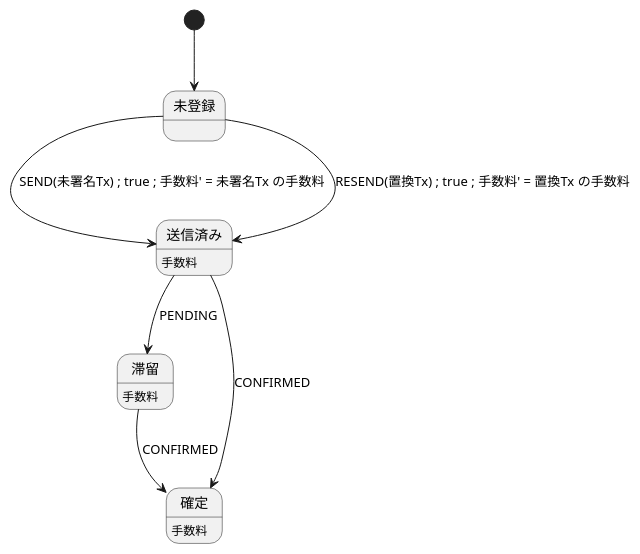
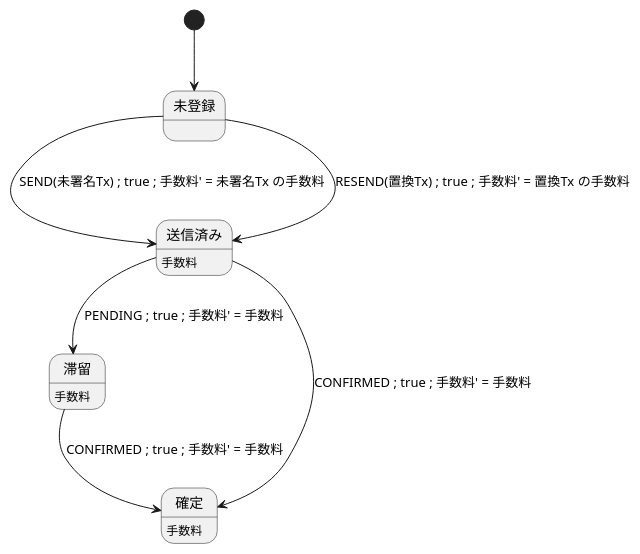
Before and after one commit to Kuniwak/puml-parallel: the diagram in examples/promote/local/ATTEMPT.puml, drawn with PlantUML. The commit also changed 2 other files, not shown here.

```diff
--- a/examples/promote/local/ATTEMPT.puml
+++ b/examples/promote/local/ATTEMPT.puml
@@ -1,20 +1,20 @@
 @startuml ATTEMPT
 ' One transaction attempt. A stuck attempt is replaced by a new one that pays a
 ' higher fee, so the family can grow without bound; whether it stops is not a
 ' property of any one step, which is why the global diagram states it as an
 ' assumption rather than a constrain.
 state "未登録" as attNone
 state "送信済み" as attSent
 attSent : 手数料
 state "滞留" as attStuck
 attStuck : 手数料
 state "確定" as attConfirmed
 attConfirmed : 手数料
 
 [*] --> attNone
 attNone --> attSent : SEND(未署名Tx) ; true ; 手数料' = 未署名Tx の手数料
 attNone --> attSent : RESEND(置換Tx) ; true ; 手数料' = 置換Tx の手数料
-attSent --> attStuck : PENDING
-attSent --> attConfirmed : CONFIRMED
-attStuck --> attConfirmed : CONFIRMED
+attSent --> attStuck : PENDING ; true ; 手数料' = 手数料
+attSent --> attConfirmed : CONFIRMED ; true ; 手数料' = 手数料
+attStuck --> attConfirmed : CONFIRMED ; true ; 手数料' = 手数料
 @enduml
```
